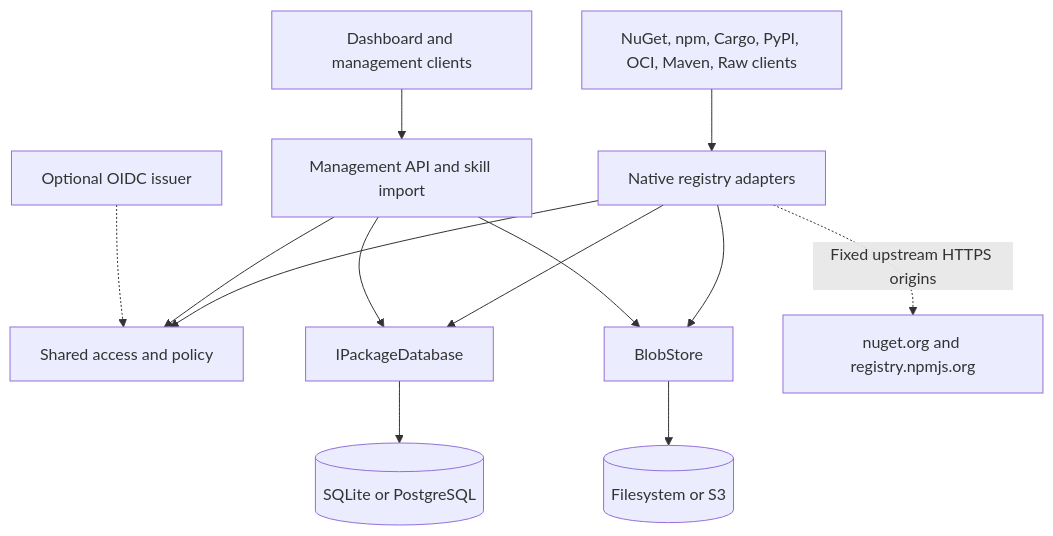
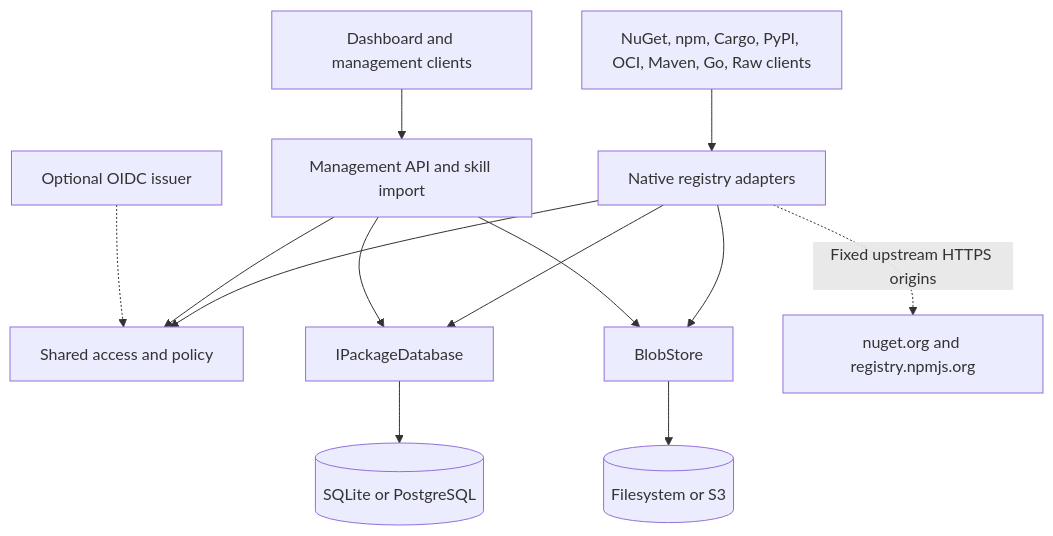
The diagram in docs/architecture.md (Cenn0/Packory), drawn with Mermaid before and after one commit. The commit also changed other lines of this file and 31 other files, not shown here.

````diff
--- a/docs/architecture.md
+++ b/docs/architecture.md
@@ -13,15 +13,15 @@
 ```mermaid
 flowchart TB
-  C[NuGet, npm, Cargo, PyPI, OCI, Maven, Raw clients] --> A[Native registry adapters]
+  C[NuGet, npm, Cargo, PyPI, OCI, Maven, Go, Raw clients] --> A[Native registry adapters]
   W[Dashboard and management clients] --> M[Management API and skill import]
   A --> P[Shared access and policy]
   M --> P
   I[Optional OIDC issuer] -.-> P
   A --> D[IPackageDatabase]
   M --> D
   D --> DB[(SQLite or PostgreSQL)]
   A --> S[BlobStore]
   M --> S
   S --> B[(Filesystem or S3)]
   A -.->|Fixed upstream HTTPS origins| U[nuget.org and registry.npmjs.org]
 ```
````
